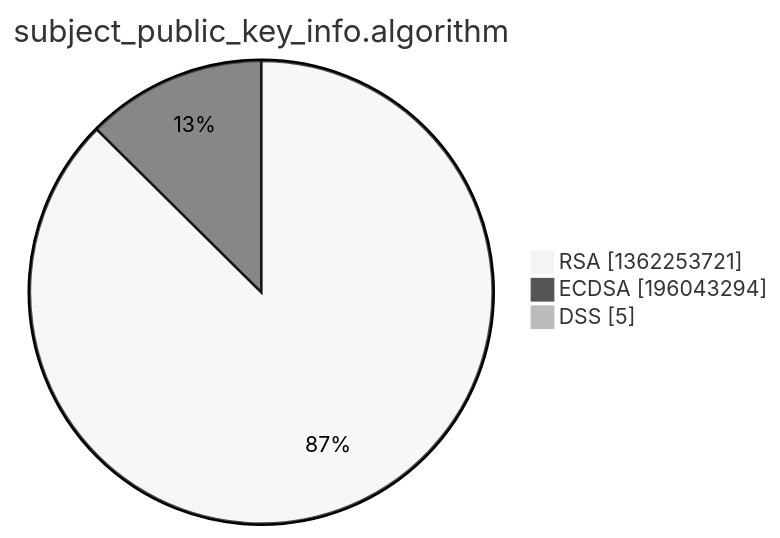
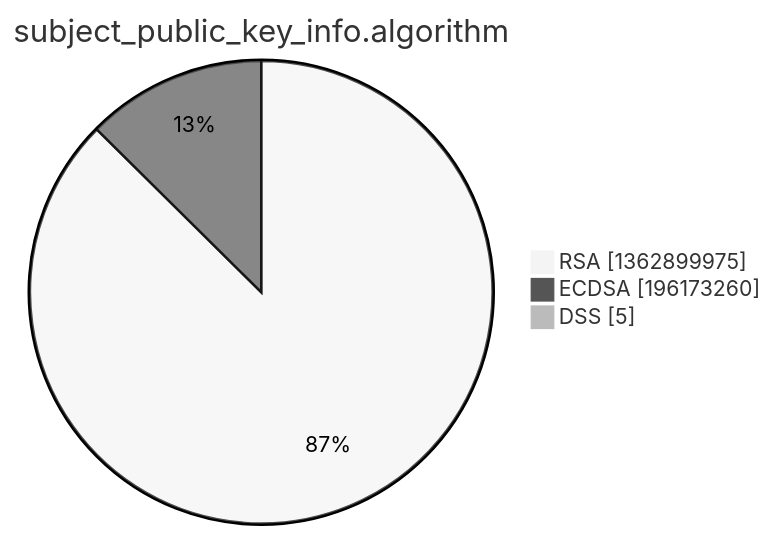
One commit to christiankrug/ctmonitor_visualization changed the third of 15 diagrams in xenon2022/README.md. Above: the diagram before and after it, drawn with Mermaid (neutral theme). The commit also changed other lines of this file, not shown here.

````diff
--- a/xenon2022/README.md
+++ b/xenon2022/README.md
@@ -14,7 +14,7 @@
 ```mermaid
 pie showData
 title subject_public_key_info.algorithm
-"RSA" :1362253721
-"ECDSA" :196043294
+"RSA" :1362899975
+"ECDSA" :196173260
 "DSS" :5
 ```
````
